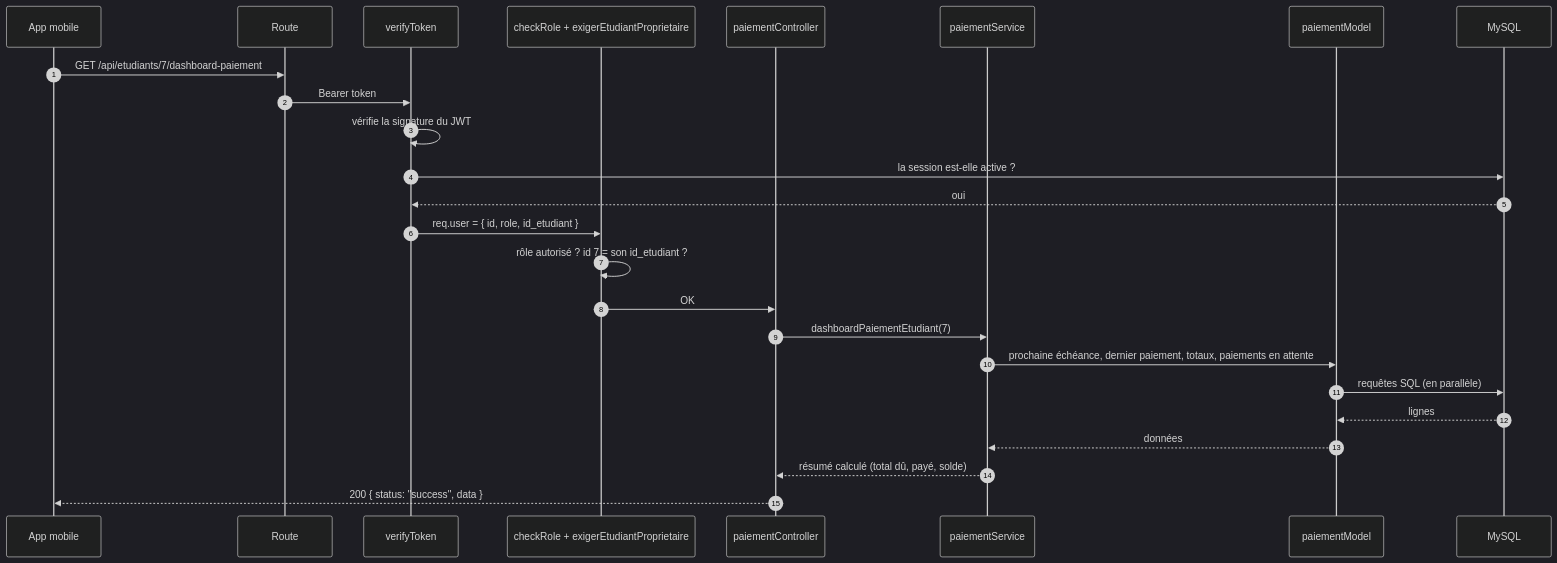
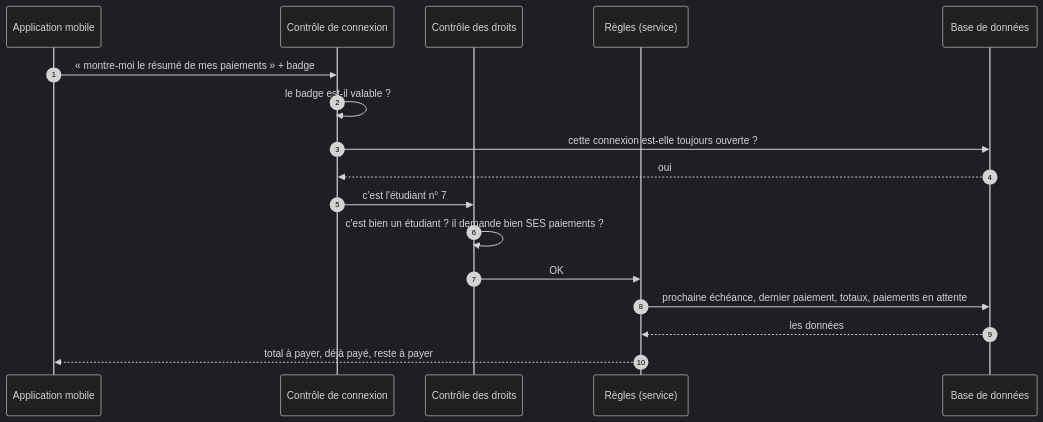
Before and after one commit to eliaTolojanahary/gestionFormation_stage: the fifth of 23 diagrams in FLUX-APPLICATION.md, drawn with Mermaid (dark theme). The commit also changed other lines of this file and 69 other files, not shown here.

````diff
--- a/FLUX-APPLICATION.md
+++ b/FLUX-APPLICATION.md
@@ -166,28 +677,20 @@
 ```mermaid
 sequenceDiagram
     autonumber
-    participant App as App mobile
-    participant R as Route
-    participant A as verifyToken
-    participant P as checkRole + exigerEtudiantProprietaire
-    participant C as paiementController
-    participant S as paiementService
-    participant M as paiementModel
-    participant DB as MySQL
+    participant App as Application mobile
+    participant A as Contrôle de connexion
+    participant P as Contrôle des droits
+    participant S as Règles (service)
+    participant DB as Base de données
 
-    App->>R: GET /api/etudiants/7/dashboard-paiement
-    R->>A: Bearer token
-    A->>A: vérifie la signature du JWT
-    A->>DB: la session est-elle active ?
+    App->>A: « montre-moi le résumé de mes paiements » + badge
+    A->>A: le badge est-il valable ?
+    A->>DB: cette connexion est-elle toujours ouverte ?
     DB-->>A: oui
-    A->>P: req.user = { id, role, id_etudiant }
-    P->>P: rôle autorisé ? id 7 = son id_etudiant ?
-    P->>C: OK
-    C->>S: dashboardPaiementEtudiant(7)
-    S->>M: prochaine échéance, dernier paiement, totaux, paiements en attente
-    M->>DB: requêtes SQL (en parallèle)
-    DB-->>M: lignes
-    M-->>S: données
-    S-->>C: résumé calculé (total dû, payé, solde)
-    C-->>App: 200 { status: "success", data }
+    A->>P: c'est l'étudiant n° 7
+    P->>P: c'est bien un étudiant ? il demande bien SES paiements ?
+    P->>S: OK
+    S->>DB: prochaine échéance, dernier paiement, totaux, paiements en attente
+    DB-->>S: les données
+    S-->>App: total à payer, déjà payé, reste à payer
 ```
````
